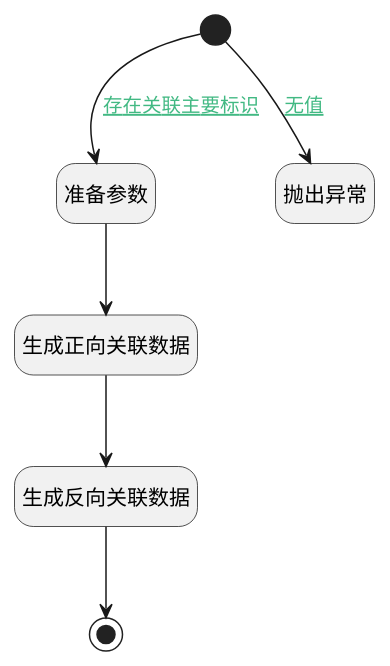
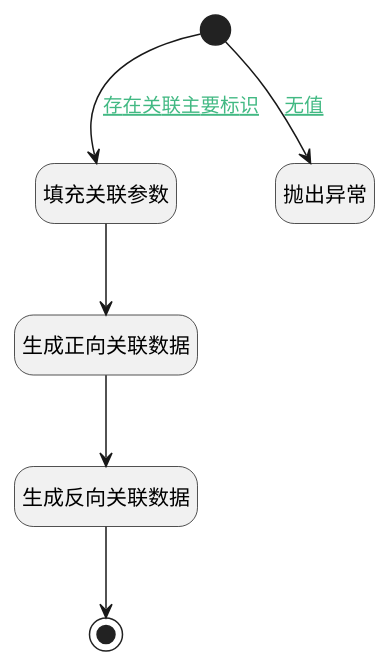
One commit to iBizLab/plm changed the diagram in doc/docsify/module/ProjMgmt/project/logic/other_re_space.md. Above: the diagram before and after it, drawn with PlantUML. The commit also changed other lines of this file and 1778 other files, not shown here.

````diff
--- a/doc/docsify/module/ProjMgmt/project/logic/other_re_space.md
+++ b/doc/docsify/module/ProjMgmt/project/logic/other_re_space.md
@@ -7,27 +7,27 @@
 ```plantuml
 @startuml
 hide empty description
 <style>
 root {
   HyperlinkColor #42b983
 }
 </style>
 
 hide empty description
 state "开始" as Begin <<start>> [[$./other_re_space#begin {"开始"}]]
-state "准备参数" as PREPAREPARAM1  [[$./other_re_space#prepareparam1 {"准备参数"}]]
+state "填充关联参数" as PREPAREPARAM1  [[$./other_re_space#prepareparam1 {"填充关联参数"}]]
 state "生成正向关联数据" as DEACTION1  [[$./other_re_space#deaction1 {"生成正向关联数据"}]]
 state "生成反向关联数据" as DEACTION2  [[$./other_re_space#deaction2 {"生成反向关联数据"}]]
 state "抛出异常" as THROWEXCEPTION1  [[$./other_re_space#throwexception1 {"抛出异常"}]]
 state "结束" as END1 <<end>> [[$./other_re_space#end1 {"结束"}]]
 
 
 Begin --> PREPAREPARAM1 : [[$./other_re_space#begin-prepareparam1{存在关联主要标识} 存在关联主要标识]]
 PREPAREPARAM1 --> DEACTION1
 DEACTION1 --> DEACTION2
 DEACTION2 --> END1
 Begin --> THROWEXCEPTION1 : [[$./other_re_space#begin-throwexception1{无值} 无值]]
 
 
 @enduml
 ```
````
